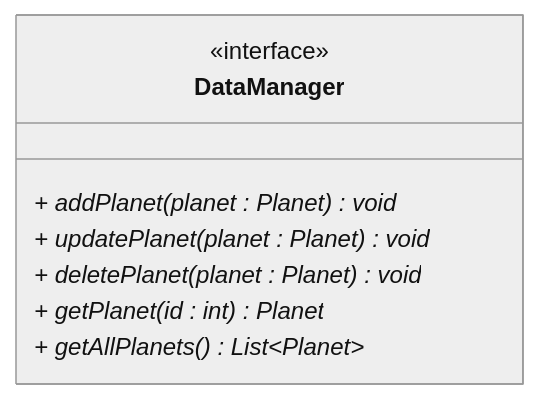
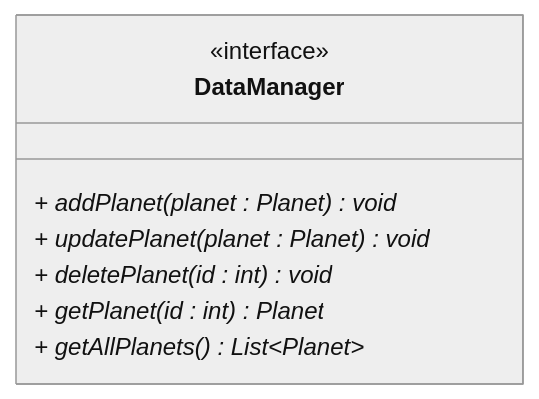
One commit to TroelsMortensen/Codelabs2 changed the diagram in Articles/Session 20 - Application design.md/011 More planet methods.md. Above: the diagram before and after it, drawn with Mermaid (neutral theme). The commit also changed other lines of this file and 19 other files, not shown here.

````diff
--- a/Articles/Session 20 - Application design.md/011 More planet methods.md
+++ b/Articles/Session 20 - Application design.md/011 More planet methods.md
@@ -5,11 +5,11 @@
 ```mermaid
 classDiagram
     class DataManager {
         <<interface>>
         + addPlanet(planet : Planet)* void
         + updatePlanet(planet : Planet)* void
-        + deletePlanet(planet : Planet)* void
+        + deletePlanet(id : int)* void
         + getPlanet(id : int)* Planet
         + getAllPlanets()* List~Planet~
     }
 ```
````
